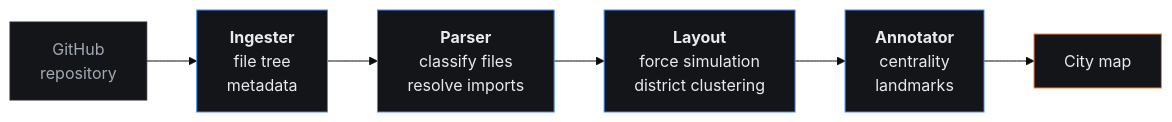
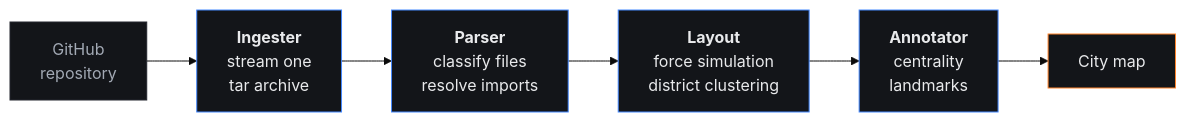
One commit to chanjoongx/atlas changed the diagram in README.md. Above: the diagram before and after it, drawn with Mermaid (base theme). The commit also changed other lines of this file and 36 other files, not shown here.

````diff
--- a/README.md
+++ b/README.md
@@ -70,15 +70,15 @@
 ```mermaid
 flowchart LR
-    R["GitHub<br/>repository"] --> I["<b>Ingester</b><br/>file tree<br/>metadata"]
+    R["GitHub<br/>repository"] --> I["<b>Ingester</b><br/>stream one<br/>tar archive"]
     I --> P["<b>Parser</b><br/>classify files<br/>resolve imports"]
     P --> L["<b>Layout</b><br/>force simulation<br/>district clustering"]
     L --> A["<b>Annotator</b><br/>centrality<br/>landmarks"]
     A --> M["City map"]
 
     style R fill:#131519,stroke:#24272e,color:#a2a9b4
     style I fill:#131519,stroke:#4589ff,color:#e9eaec
     style P fill:#131519,stroke:#4589ff,color:#e9eaec
     style L fill:#131519,stroke:#4589ff,color:#e9eaec
     style A fill:#131519,stroke:#4589ff,color:#e9eaec
     style M fill:#131519,stroke:#ff832b,color:#e9eaec
 ```
````
